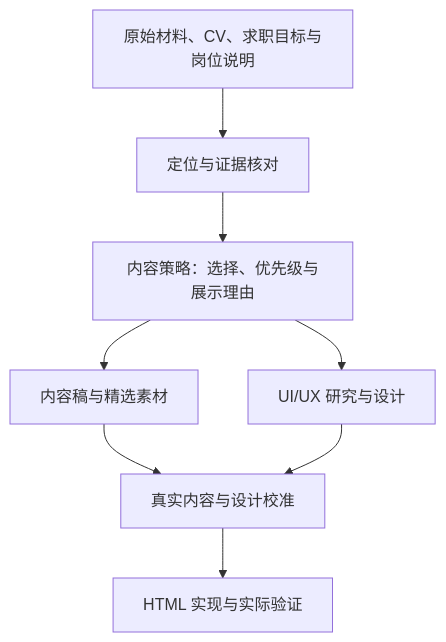
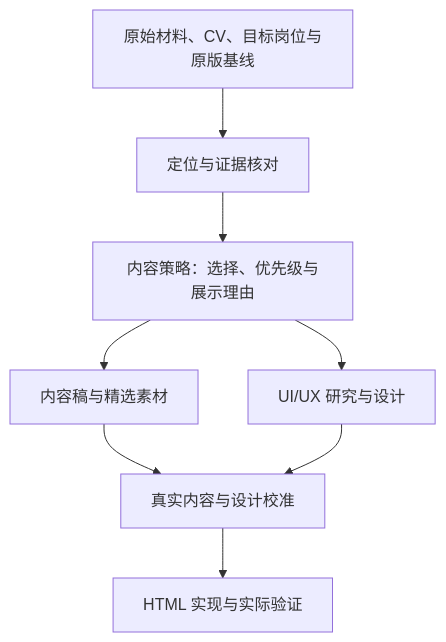
Before and after one commit to yanpingsun/yanping-portfolio-site: the diagram in docs/OPTIMIZATION-PLAN.md, drawn with Mermaid. The commit also changed other lines of this file and 28 other files, not shown here.

````diff
--- a/docs/OPTIMIZATION-PLAN.md
+++ b/docs/OPTIMIZATION-PLAN.md
@@ -23,10 +23,10 @@
 ```mermaid
 flowchart TD
-    A["原始材料、CV、求职目标与岗位说明"] --> B["定位与证据核对"]
+    A["原始材料、CV、目标岗位与原版基线"] --> B["定位与证据核对"]
     B --> C["内容策略：选择、优先级与展示理由"]
     C --> D["内容稿与精选素材"]
     C --> E["UI/UX 研究与设计"]
     D --> F["真实内容与设计校准"]
     E --> F
     F --> G["HTML 实现与实际验证"]
 ```
````
